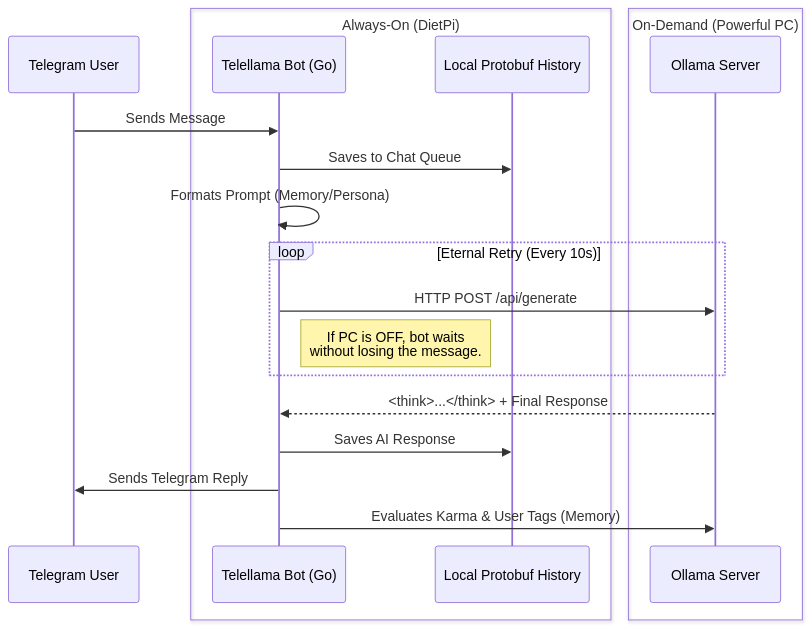
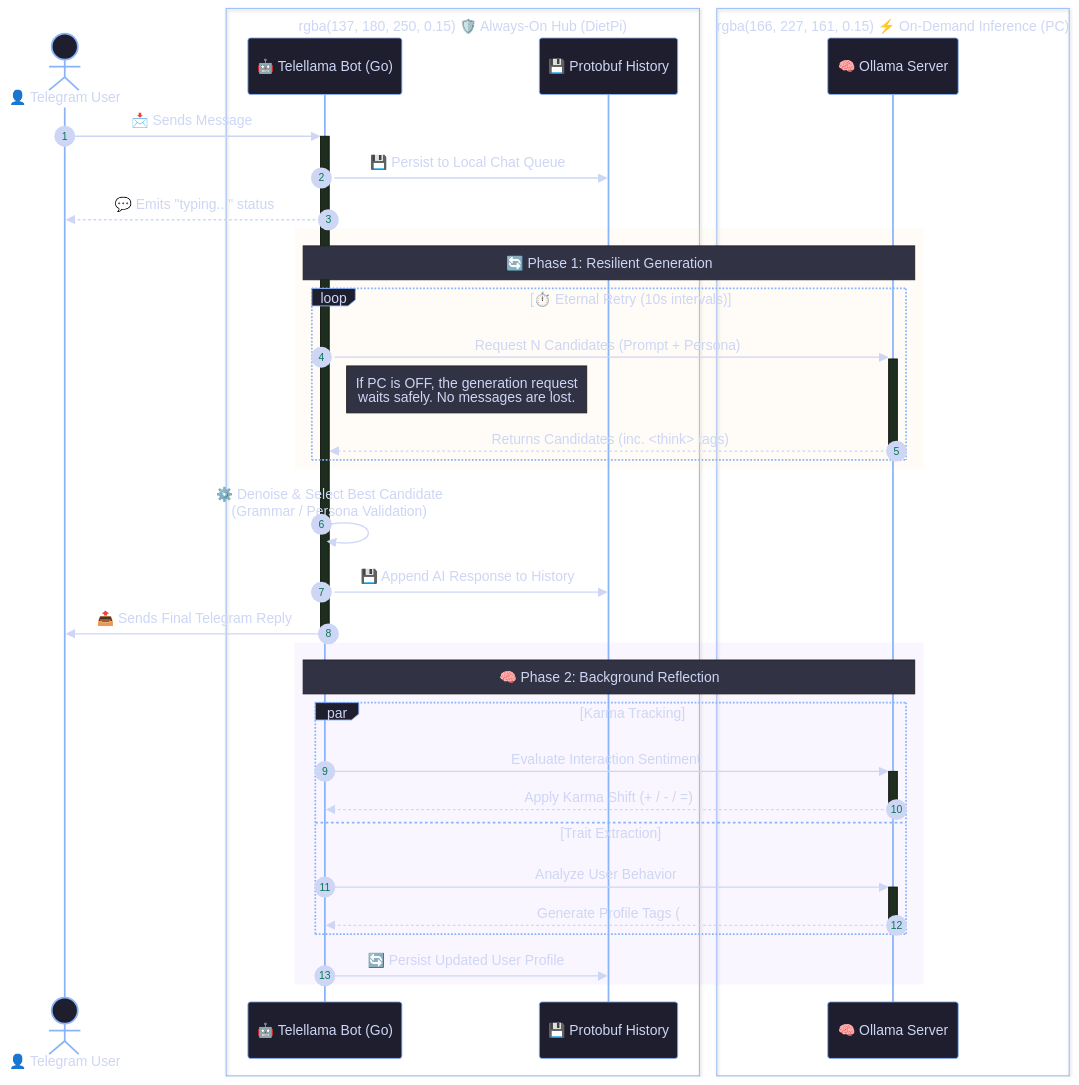
Before and after one commit to vadimfedulov101/tg-llm-multibot: the diagram in README.md, drawn with Mermaid. The commit also changed other lines of this file, not shown here.

Commit message:
v0.9.9 fix

````diff
--- a/README.md
+++ b/README.md
@@ -14,23 +15,44 @@
 ```mermaid
+%%{init: {'theme': 'base', 'themeVariables': { 'primaryColor': '#1e1e2e', 'primaryTextColor': '#cdd6f4', 'primaryBorderColor': '#89b4fa', 'lineColor': '#f38ba8', 'actorBkg': '#1e1e2e', 'actorBorder': '#89b4fa', 'actorTextColor': '#cdd6f4', 'noteBkgColor': '#313244', 'noteTextColor': '#cdd6f4'}}}%%
 sequenceDiagram
-    participant U as Telegram User
-    box Always-On (DietPi)
-        participant B as Telellama Bot (Go)
-        participant Q as Local Protobuf History
+    autonumber
+    actor U as 👤 Telegram User
+    
+    box rgba(137, 180, 250, 0.15) 🛡️ Always-On Hub (DietPi)
+        participant B as 🤖 Telellama Bot (Go)
+        participant M as 💾 Protobuf History
     end
-    box On-Demand (Powerful PC)
-        participant O as Ollama Server
+    
+    box rgba(166, 227, 161, 0.15) ⚡ On-Demand Inference (PC)
+        participant O as 🧠 Ollama Server
     end
 
-    U->>B: Sends Message
-    B->>Q: Saves to Chat Queue
-    B->>B: Formats Prompt (Memory/Persona)
-    loop Eternal Retry (Every 10s)
-        B->>O: HTTP POST /api/generate
-        note right of B: If PC is OFF, bot waits<br/>without losing the message.
+    U->>+B: 📩 Sends Message
+    B->>M: 💾 Persist to Local Chat Queue
+    B-->>U: 💬 Emits "typing..." status
+    
+    rect rgba(249, 226, 175, 0.1)
+        Note over B,O: 🔄 Phase 1: Resilient Generation
+        loop ⏱️ Eternal Retry (10s intervals)
+            B->>+O: Request N Candidates (Prompt + Persona)
+            Note right of B: If PC is OFF, the generation request<br/>waits safely. No messages are lost.
+            O-->>-B: Returns Candidates (inc. <think> tags)
+        end
     end
-    O-->>B: <think>...</think> + Final Response
-    B->>Q: Saves AI Response
-    B->>U: Sends Telegram Reply
-    B->>O: Evaluates Karma & User Tags (Memory)
+
+    B->>B: ⚙️ Denoise & Select Best Candidate<br/>(Grammar / Persona Validation)
+    B->>M: 💾 Append AI Response to History
+    B->>-U: 📤 Sends Final Telegram Reply
+    
+    rect rgba(203, 166, 247, 0.1)
+        Note over B,O: 🧠 Phase 2: Background Reflection
+        par Karma Tracking
+            B->>+O: Evaluate Interaction Sentiment
+            O-->>-B: Apply Karma Shift (+ / - / =)
+        and Trait Extraction
+            B->>+O: Analyze User Behavior
+            O-->>-B: Generate Profile Tags (#stubborn)
+        end
+        B->>M: 🔄 Persist Updated User Profile
+    end
 ```
````
